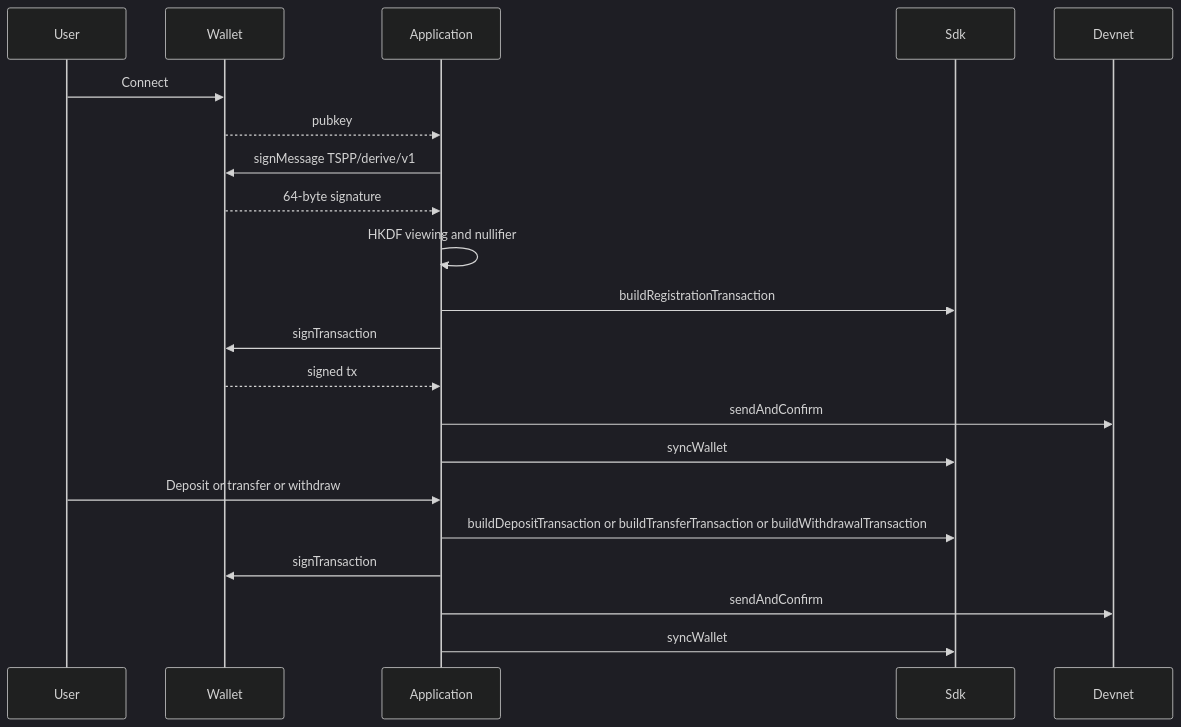
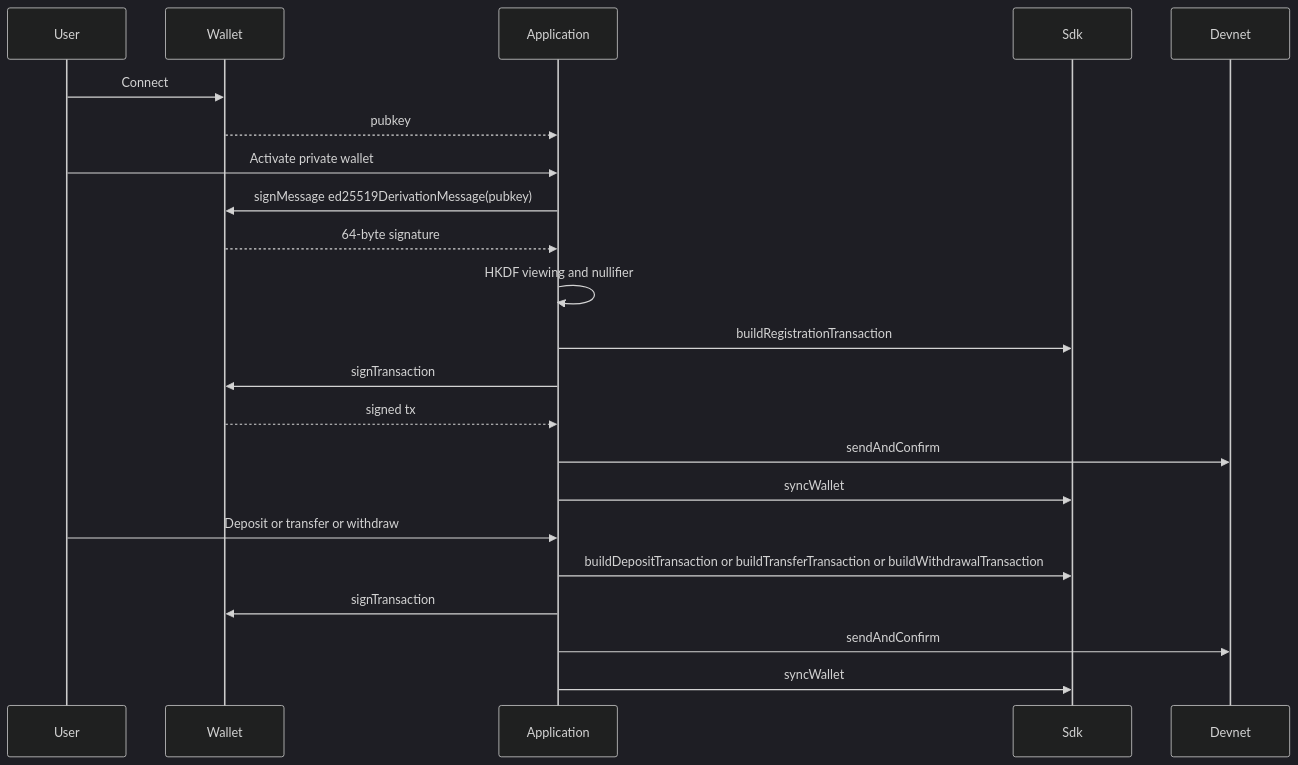
The diagram in typescript-client/examples/sign-with-wallet-adapter/README.md (helius-labs/zolana-examples), drawn with Mermaid (dark theme) before and after one commit. The commit also changed other lines of this file and 32 other files, not shown here.

Commit message:
Preserve minimal Privy private wallet example

````diff
--- a/typescript-client/examples/sign-with-wallet-adapter/README.md
+++ b/typescript-client/examples/sign-with-wallet-adapter/README.md
@@ -7,24 +7,25 @@
 ```mermaid
 sequenceDiagram
   participant User
   participant Wallet
   participant Application
   participant Sdk
   participant Devnet
 
   User->>Wallet: Connect
   Wallet-->>Application: pubkey
-  Application->>Wallet: signMessage TSPP/derive/v1
+  User->>Application: Activate private wallet
+  Application->>Wallet: signMessage ed25519DerivationMessage(pubkey)
   Wallet-->>Application: 64-byte signature
   Application->>Application: HKDF viewing and nullifier
   Application->>Sdk: buildRegistrationTransaction
   Application->>Wallet: signTransaction
   Wallet-->>Application: signed tx
   Application->>Devnet: sendAndConfirm
   Application->>Sdk: syncWallet
   User->>Application: Deposit or transfer or withdraw
   Application->>Sdk: buildDepositTransaction or buildTransferTransaction or buildWithdrawalTransaction
   Application->>Wallet: signTransaction
   Application->>Devnet: sendAndConfirm
   Application->>Sdk: syncWallet
 ```
````
